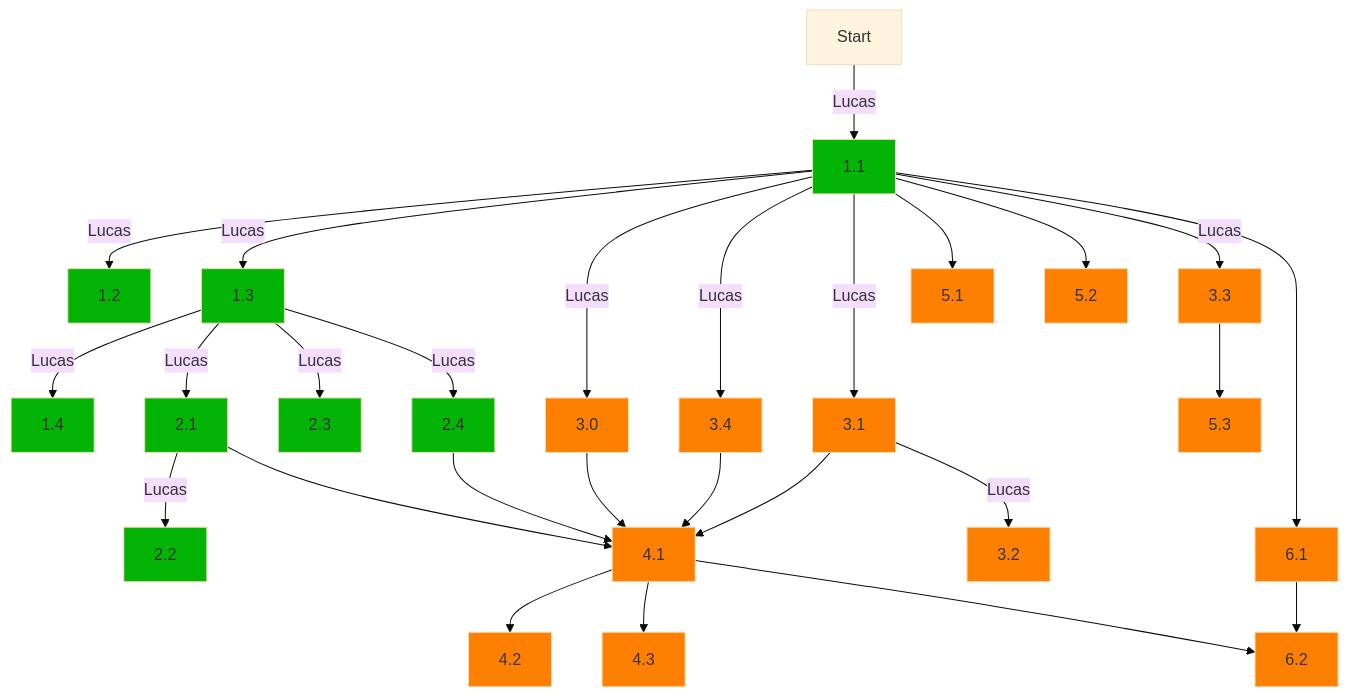
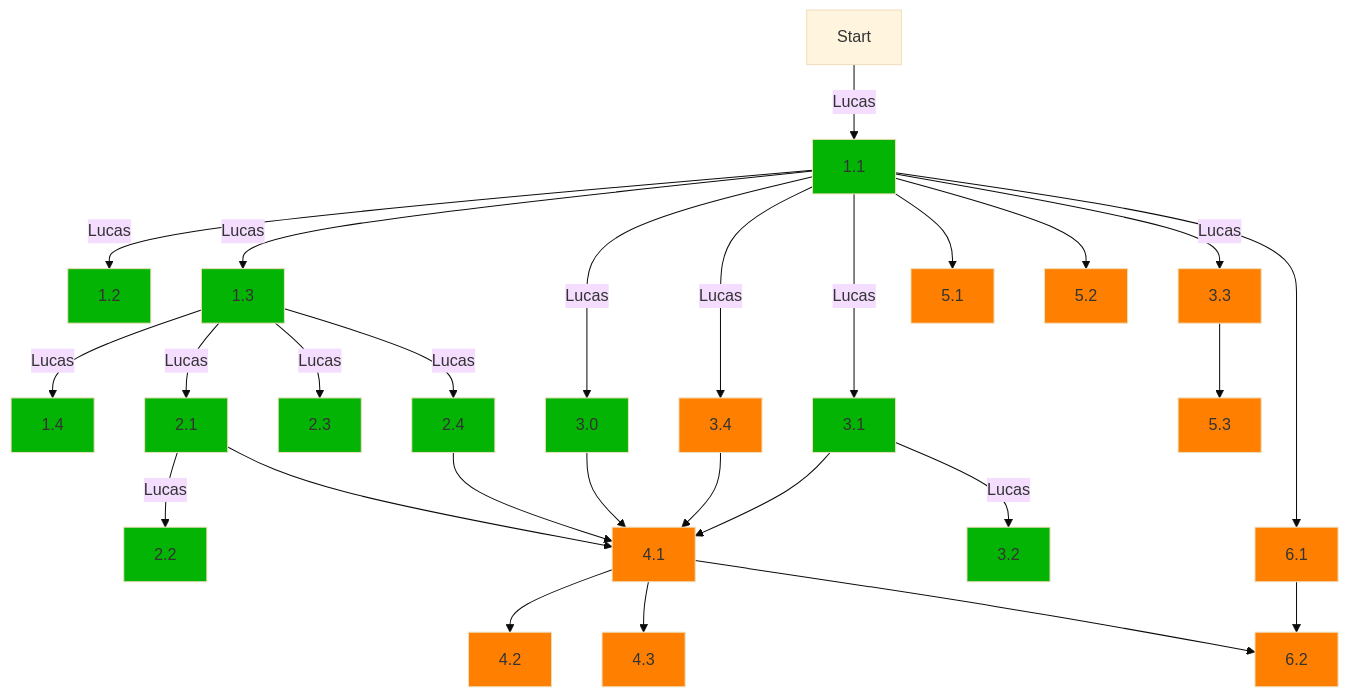
Before and after one commit to Luc-mic/Projet_SDAA: the diagram in DEPENDENCY.md, drawn with Mermaid. The commit also changed 5 other files, not shown here.

First line of the commit message:
On branch dijkstra  Changes to be committed: 	modified:   DEPENDENCY.md 	modified:   main.py 	modified:   src/graph.py 	modified:   src/graph_generation.py 	new file:   src/test_dijkstra.py 	modified:   src/test_graph_generation.py

````diff
--- a/DEPENDENCY.md
+++ b/DEPENDENCY.md
@@ -1,57 +1,57 @@
 ```mermaid
 
 %%{init: {'theme':'base'}}%%
 graph TD;
 
 classDef done fill:#04B404;
 classDef not_done fill:#FF8000;
 
     1.1:::done
     1.2:::done
     1.3:::done
     1.4:::done
     2.1:::done
     2.2:::done
     2.3:::done
     2.4:::done
-    3.0:::not_done
-    3.1:::not_done
-    3.2:::not_done
+    3.0:::done
+    3.1:::done
+    3.2:::done
     3.3:::not_done
     3.4:::not_done
     4.1:::not_done
     4.2:::not_done
     4.3:::not_done
     5.1:::not_done
     5.2:::not_done
     5.3:::not_done
     6.1:::not_done
     6.2:::not_done
 
     Start-->|Lucas|1.1;
     1.1-->|Lucas|1.2;
     1.1-->|Lucas|1.3;
     1.3-->|Lucas|1.4;
     1.3-->|Lucas|2.1;
     2.1-->|Lucas|2.2;
     2.1-->4.1;
     1.3-->|Lucas|2.3;
     1.3-->|Lucas|2.4;
     2.4-->4.1;
     4.1-->4.2;
     4.1-->4.3;
     4.1-->6.2;
     1.1-->|Lucas|3.0;
     1.1-->|Lucas|3.4;
     3.4-->4.1;
     3.0-->4.1;
     1.1-->|Lucas|3.1;
     3.1-->4.1;
     3.1-->|Lucas|3.2;
     1.1-->5.1;
     1.1-->5.2;
     1.1-->|Lucas|3.3;
     3.3-->5.3;
     1.1-->6.1;
     6.1-->6.2;
 ```
````
